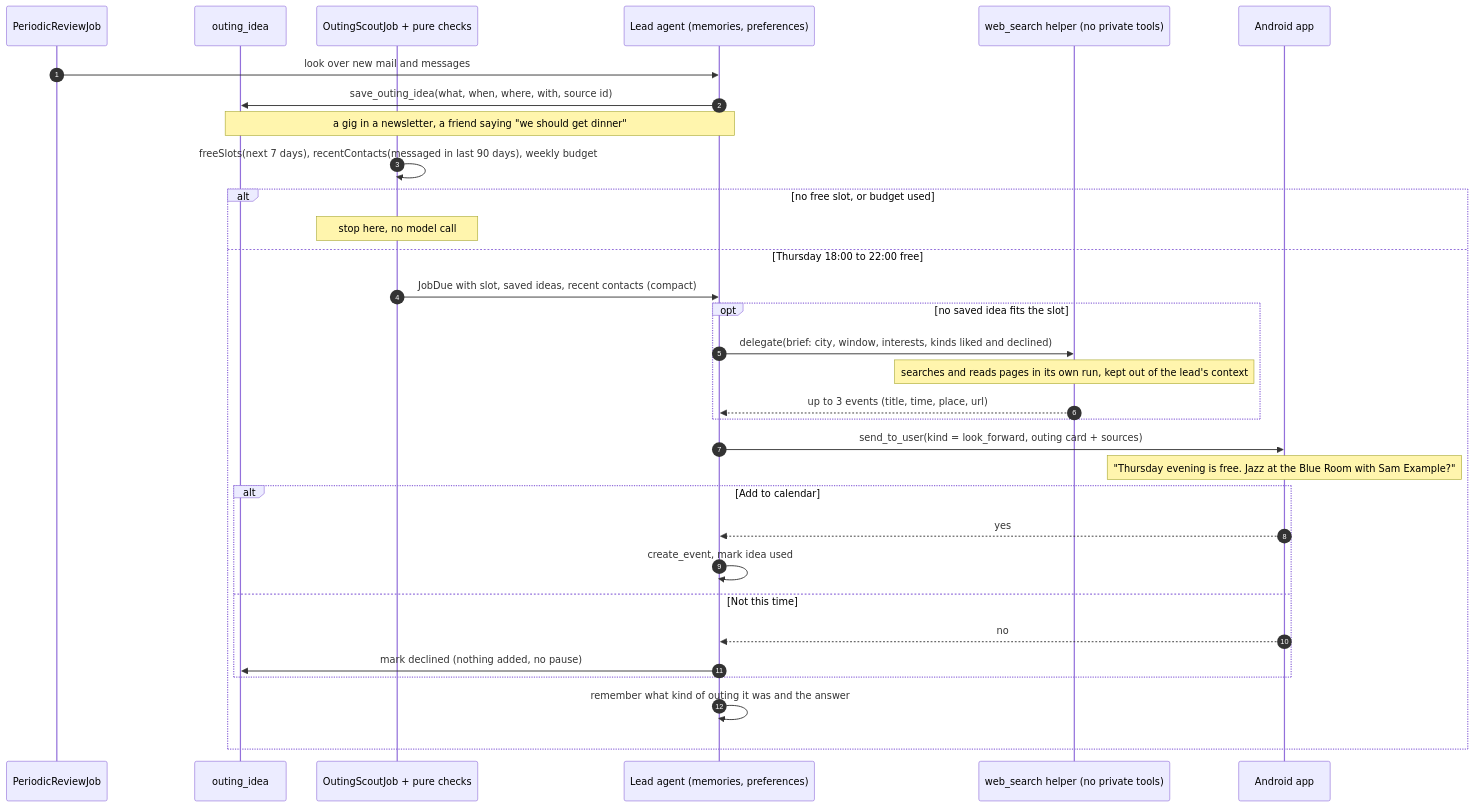
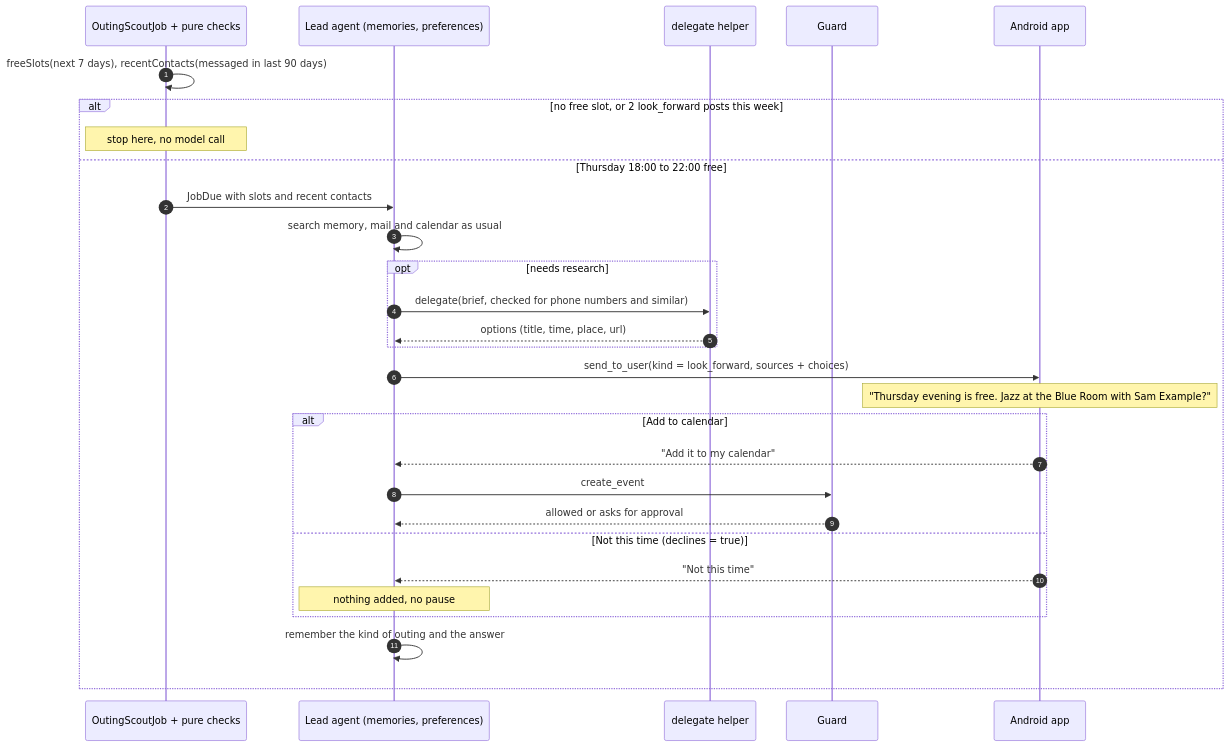
The diagram in diagrams/wellbeing/2-outing.mmd (robog-two/clarity), drawn with Mermaid before and after one commit. The commit also changed 5 other files, not shown here.

First line of the commit message:
Diagrams: outings research the normal way, no idea table or gate

```diff
--- a/diagrams/wellbeing/2-outing.mmd
+++ b/diagrams/wellbeing/2-outing.mmd
@@ -1,34 +1,30 @@
 sequenceDiagram
   autonumber
-  participant Review as PeriodicReviewJob
-  participant Ideas as outing_idea
   participant Scout as OutingScoutJob + pure checks
   participant Lead as Lead agent (memories, preferences)
-  participant Helper as web_search helper (no private tools)
+  participant Helper as delegate helper
+  participant Guard as Guard
   participant App as Android app
 
-  Review->>Lead: look over new mail and messages
-  Lead->>Ideas: save_outing_idea(what, when, where, with, source id)
-  Note over Lead,Ideas: a gig in a newsletter, a friend saying "we should get dinner"
-
-  Scout->>Scout: freeSlots(next 7 days), recentContacts(messaged in last 90 days), weekly budget
-  alt no free slot, or budget used
+  Scout->>Scout: freeSlots(next 7 days), recentContacts(messaged in last 90 days)
+  alt no free slot, or 2 look_forward posts this week
     Note over Scout: stop here, no model call
   else Thursday 18:00 to 22:00 free
-    Scout->>Lead: JobDue with slot, saved ideas, recent contacts (compact)
-    opt no saved idea fits the slot
-      Lead->>Helper: delegate(brief: city, window, interests, kinds liked and declined)
-      Note over Helper: searches and reads pages in its own run, kept out of the lead's context
-      Helper-->>Lead: up to 3 events (title, time, place, url)
+    Scout->>Lead: JobDue with slots and recent contacts
+    Lead->>Lead: search memory, mail and calendar as usual
+    opt needs research
+      Lead->>Helper: delegate(brief, checked for phone numbers and similar)
+      Helper-->>Lead: options (title, time, place, url)
     end
-    Lead->>App: send_to_user(kind = look_forward, outing card + sources)
+    Lead->>App: send_to_user(kind = look_forward, sources + choices)
     Note over App: "Thursday evening is free. Jazz at the Blue Room with Sam Example?"
     alt Add to calendar
-      App-->>Lead: yes
-      Lead->>Lead: create_event, mark idea used
-    else Not this time
-      App-->>Lead: no
-      Lead->>Ideas: mark declined (nothing added, no pause)
+      App-->>Lead: "Add it to my calendar"
+      Lead->>Guard: create_event
+      Guard-->>Lead: allowed or asks for approval
+    else Not this time (declines = true)
+      App-->>Lead: "Not this time"
+      Note over Lead: nothing added, no pause
     end
-    Lead->>Lead: remember what kind of outing it was and the answer
+    Lead->>Lead: remember the kind of outing and the answer
   end
```
